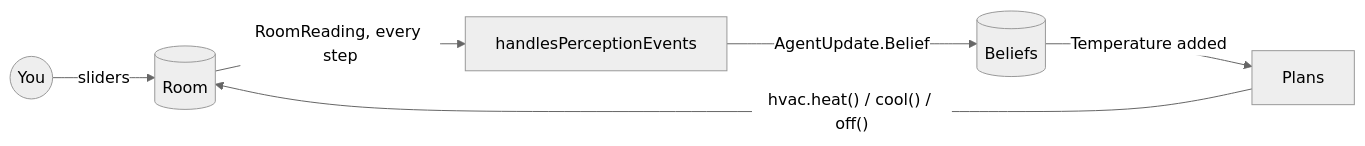
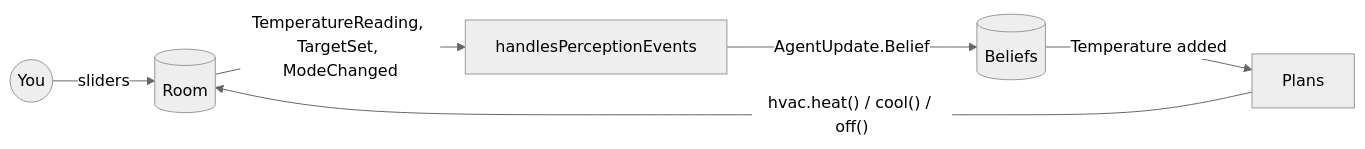
The diagram in website/docs/tutorials/thermostat.md (jakta-bdi/jakta), drawn with Mermaid (neutral theme) before and after one commit. The commit also changed other lines of this file and 3 other files, not shown here.

First line of the commit message:
docs(examples): the thermostat room streams one perception per device, and each updates the RoomBelief object

````diff
--- a/website/docs/tutorials/thermostat.md
+++ b/website/docs/tutorials/thermostat.md
@@ -29,8 +29,8 @@
 ```mermaid
 flowchart LR
-    room[(Room)] -- "RoomReading, every step" --> handler[handlesPerceptionEvents]
+    room[(Room)] -- "TemperatureReading, TargetSet, ModeChanged" --> handler[handlesPerceptionEvents]
     handler -- "AgentUpdate.Belief" --> beliefs[(Beliefs)]
     beliefs -- "Temperature added" --> plans[Plans]
     plans -- "hvac.heat() / cool() / off()" --> room
     you((You)) -- sliders --> room
 ```
````
